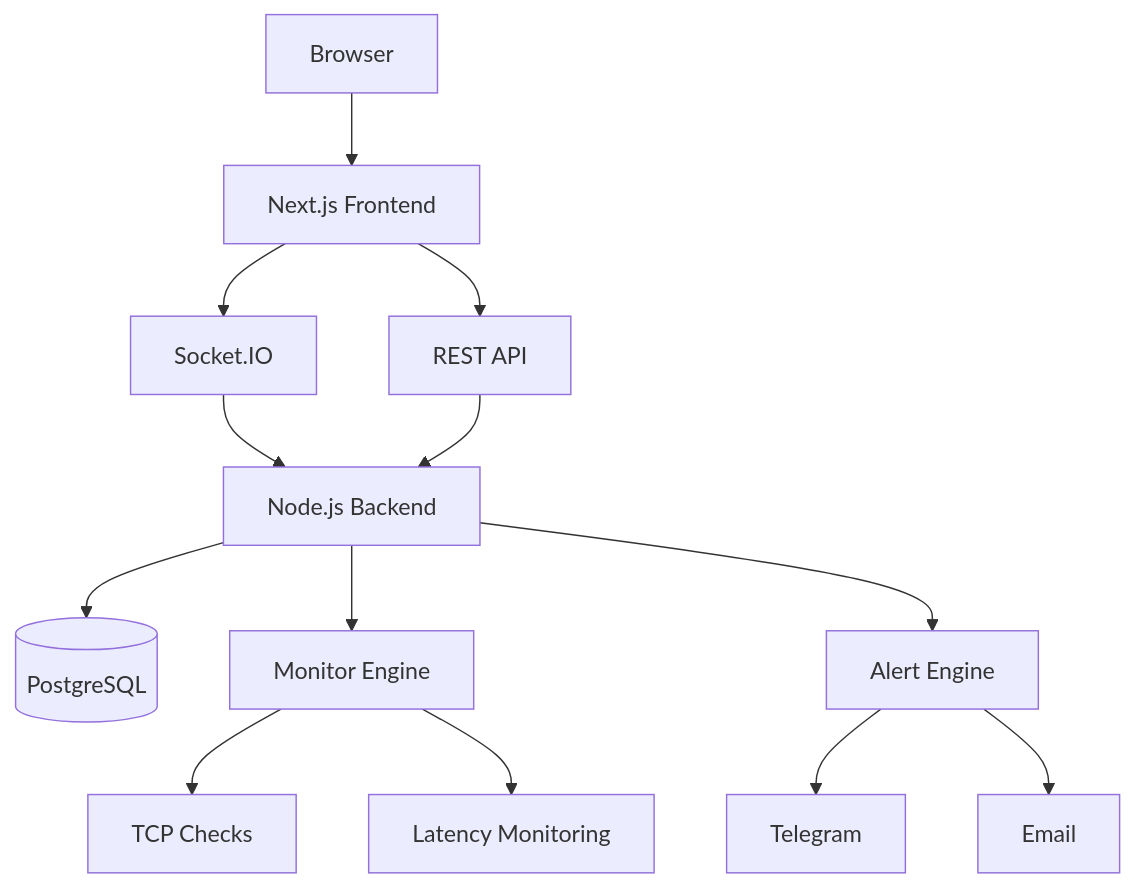
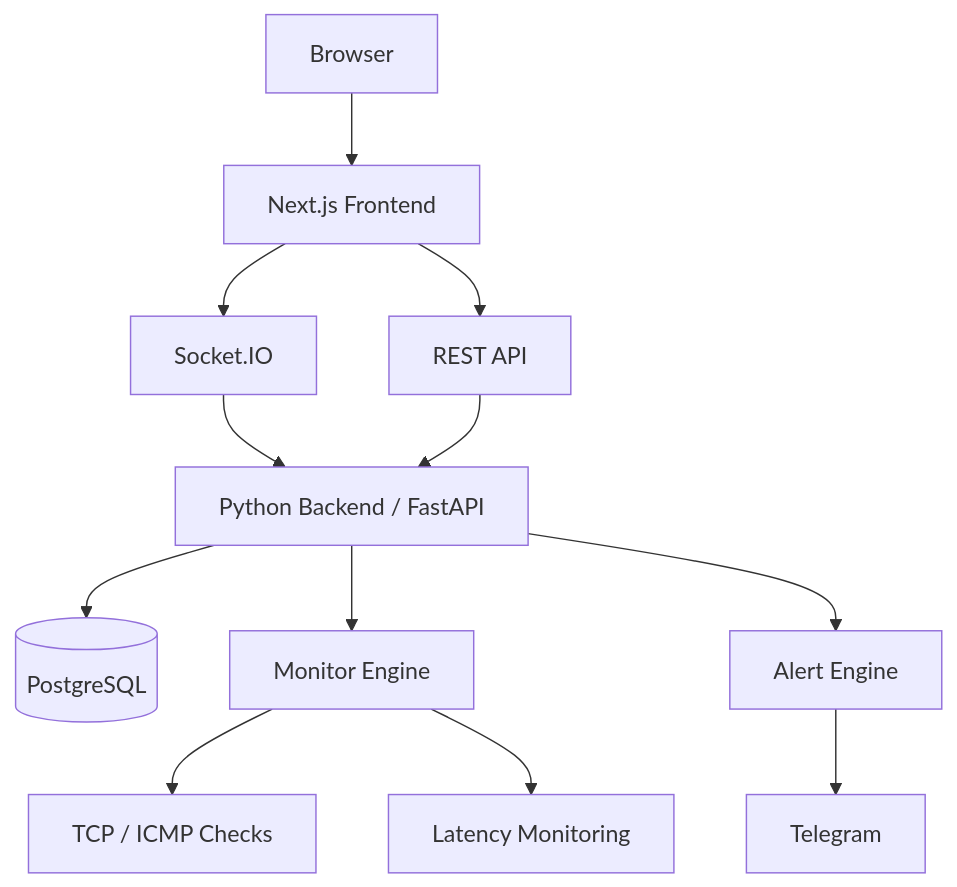
The diagram in README.md (adanwilliamdev/OrbNOC), drawn with Mermaid before and after one commit. The commit also changed other lines of this file and 44 other files, not shown here.

````diff
--- a/README.md
+++ b/README.md
@@ -132,22 +133,21 @@
 ```mermaid
 graph TD
 
 A[Browser] --> B[Next.js Frontend]
 
 B --> C[Socket.IO]
 B --> D[REST API]
 
-C --> E[Node.js Backend]
+C --> E[Python Backend / FastAPI]
 D --> E
 
 E --> F[(PostgreSQL)]
 
 E --> G[Monitor Engine]
 E --> H[Alert Engine]
 
-G --> I[TCP Checks]
+G --> I[TCP / ICMP Checks]
 G --> J[Latency Monitoring]
 
 H --> K[Telegram]
-H --> L[Email]
 ```
````
